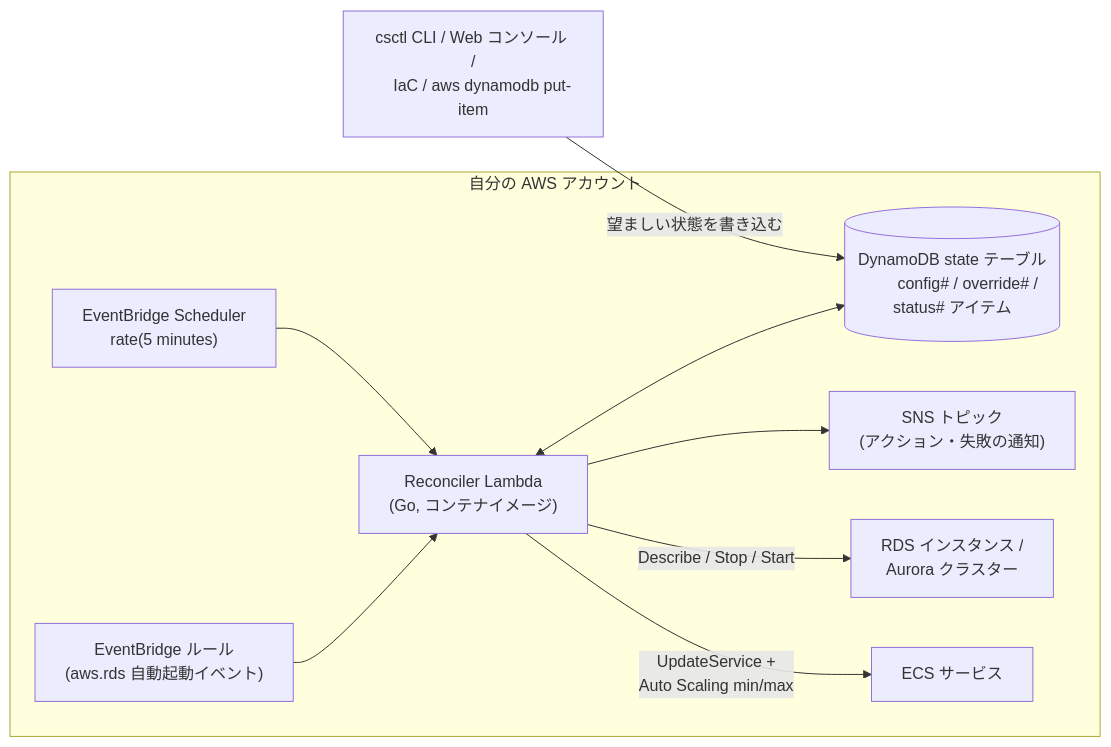
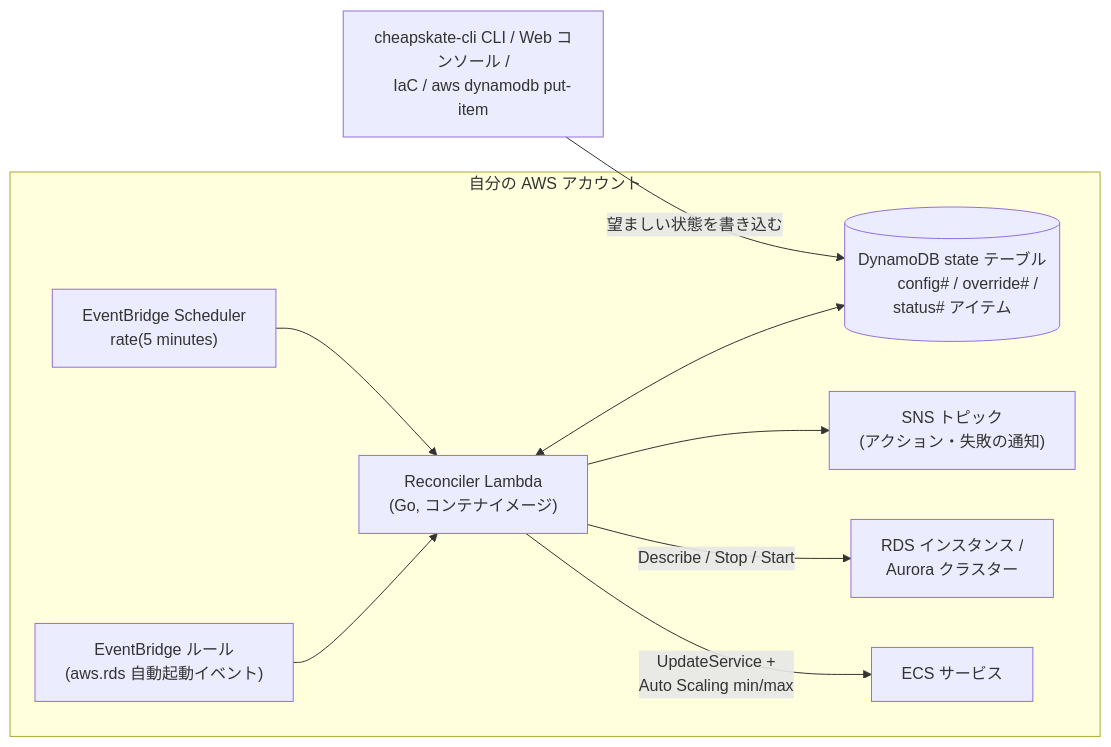
The diagram in docs/ja/README.md (moepig/cheapskate), drawn with Mermaid before and after one commit. The commit also changed other lines of this file and 17 other files, not shown here.

First line of the commit message:
rename: csctl -> cheapskate-cli

````diff
--- a/docs/ja/README.md
+++ b/docs/ja/README.md
@@ -14,30 +14,30 @@
 ```mermaid
 flowchart LR
-    ops["csctl CLI / Web コンソール /
+    ops["cheapskate-cli CLI / Web コンソール /
     IaC / aws dynamodb put-item"]
 
     subgraph account["自分の AWS アカウント"]
         sched["EventBridge Scheduler
         rate(5 minutes)"]
         rule["EventBridge ルール
         (aws.rds 自動起動イベント)"]
         fn["Reconciler Lambda
         (Go, コンテナイメージ)"]
         ddb[("DynamoDB state テーブル
         config# / override# / status# アイテム")]
         sns["SNS トピック
         (アクション・失敗の通知)"]
         rds["RDS インスタンス /
         Aurora クラスター"]
         ecs["ECS サービス"]
     end
 
     ops -- "望ましい状態を書き込む" --> ddb
     sched --> fn
     rule --> fn
     fn <--> ddb
     fn -- "Describe / Stop / Start" --> rds
     fn -- "UpdateService +
     Auto Scaling min/max" --> ecs
     fn --> sns
 ```
````
